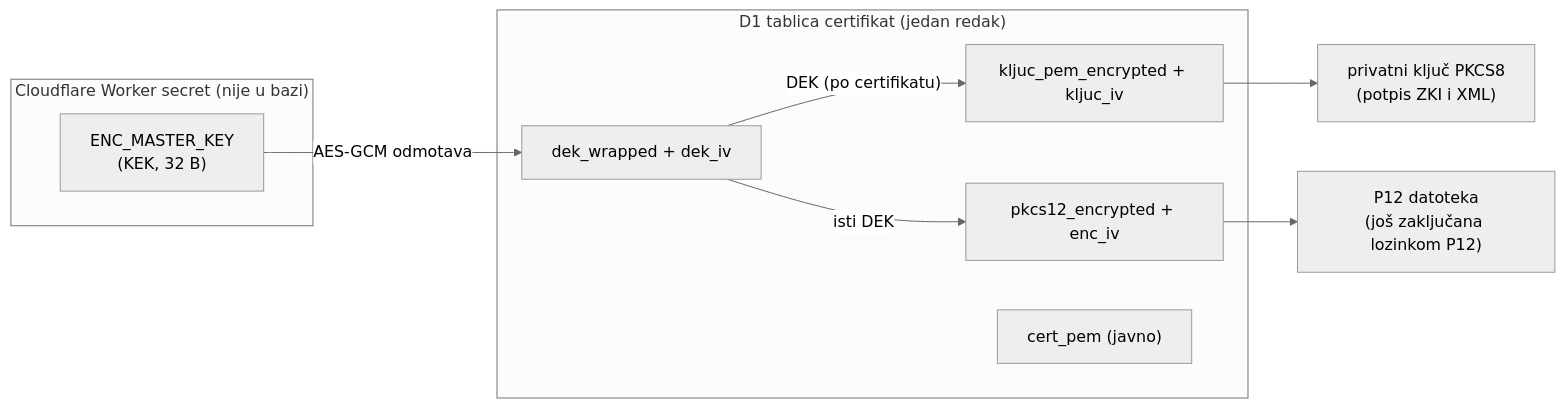
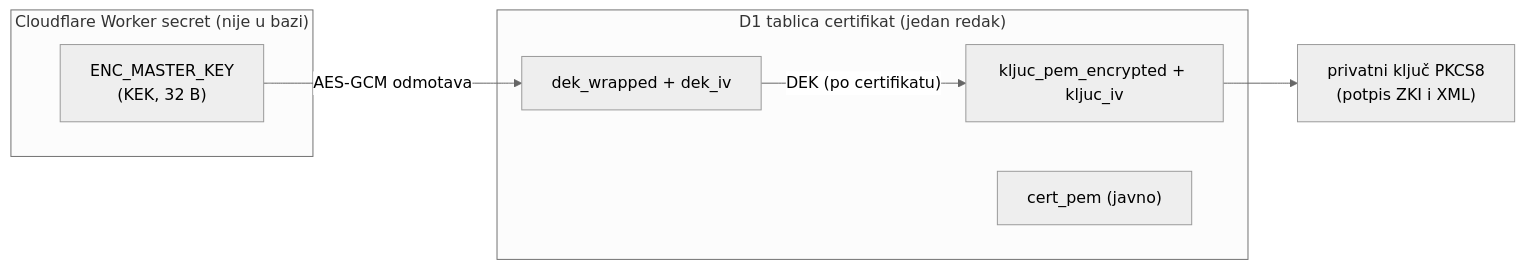
One commit to domovinatv/domovina-fiskal changed the first of 4 diagrams in docs/knowledge/21-pohrana-certifikata.md. Above: the diagram before and after it, drawn with Mermaid (neutral theme). The commit also changed other lines of this file and 9 other files, not shown here.

````diff
--- a/docs/knowledge/21-pohrana-certifikata.md
+++ b/docs/knowledge/21-pohrana-certifikata.md
@@ -43,17 +43,14 @@
 ```mermaid
 flowchart LR
   subgraph CF["Cloudflare Worker secret (nije u bazi)"]
     KEK["ENC_MASTER_KEY<br/>(KEK, 32 B)"]
   end
   subgraph D1["D1 tablica certifikat (jedan redak)"]
     DW["dek_wrapped + dek_iv"]
     KP["kljuc_pem_encrypted + kljuc_iv"]
-    P12["pkcs12_encrypted + enc_iv"]
     CERT["cert_pem (javno)"]
   end
   KEK -- "AES-GCM odmotava" --> DW
   DW -- "DEK (po certifikatu)" --> KP
-  DW -- "isti DEK" --> P12
   KP --> PRIV["privatni ključ PKCS8<br/>(potpis ZKI i XML)"]
-  P12 --> P12F["P12 datoteka<br/>(još zaključana lozinkom P12)"]
 ```
````
